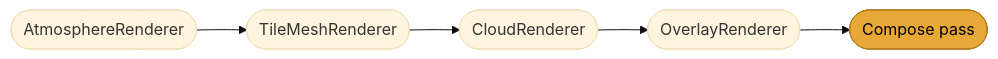
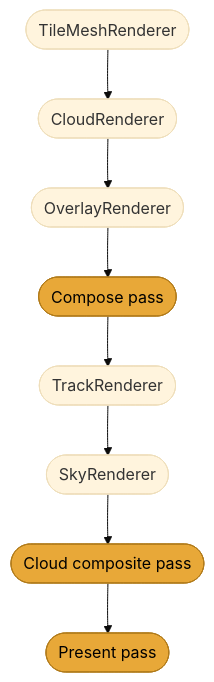
One commit to weBIGeo/webigeo changed the second of 2 diagrams in docs/webgpu_engine.md. Above: the diagram before and after it, drawn with Mermaid (base theme). The commit also changed other lines of this file, not shown here.

````diff
--- a/docs/webgpu_engine.md
+++ b/docs/webgpu_engine.md
@@ -45,12 +49,15 @@
 ```mermaid
-graph LR
+graph TD
     classDef highlight fill:#e8a838,stroke:#b07a1a,color:#000
 
-    Atm(["AtmosphereRenderer"])
     Tile(["TileMeshRenderer"])
     Cloud(["CloudRenderer"])
     Ovl(["OverlayRenderer"])
     Compose(["Compose pass"]):::highlight
+    Track(["TrackRenderer"])
+    Sky(["SkyRenderer"])
+    CComp(["Cloud composite pass"]):::highlight
+    Present(["Present pass"]):::highlight
 
-    Atm --> Tile --> Cloud --> Ovl --> Compose
+    Tile --> Cloud --> Ovl --> Compose --> Track --> Sky --> CComp --> Present
 ```
````
